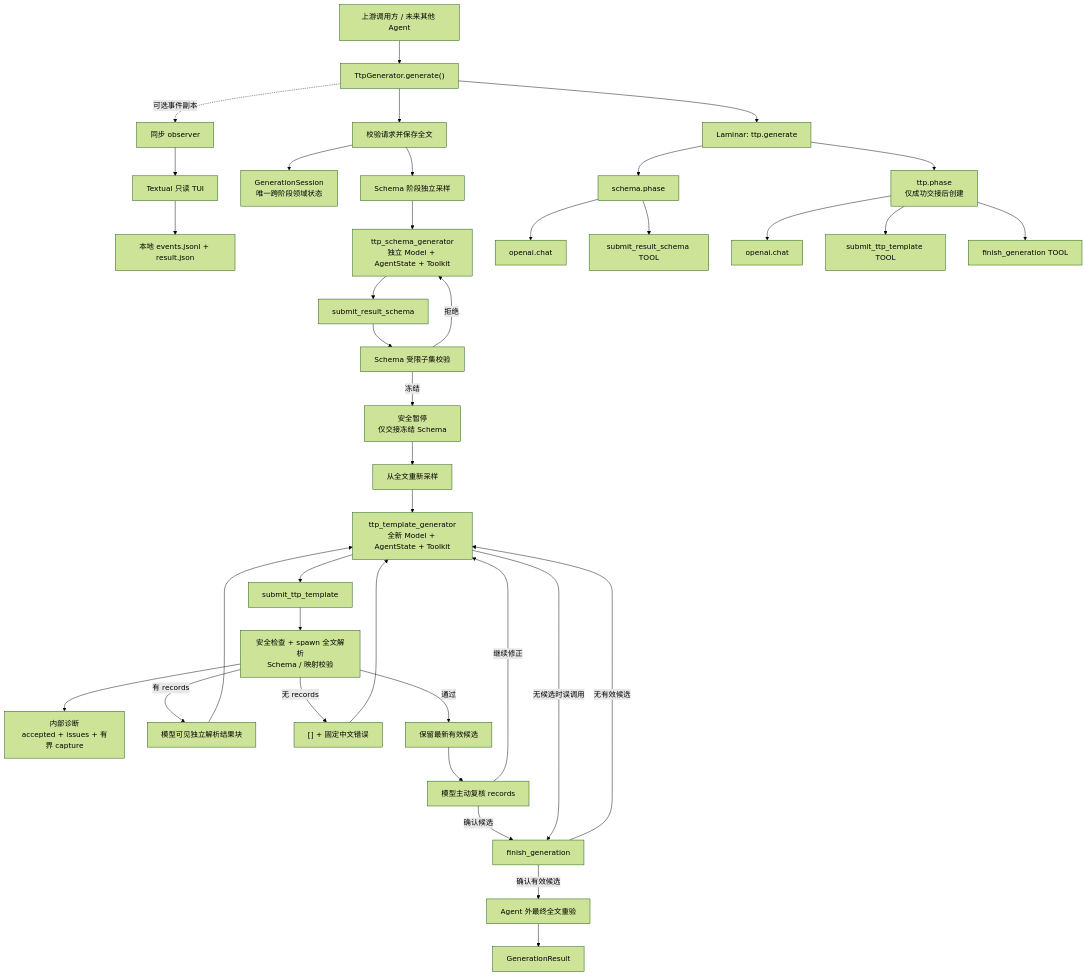
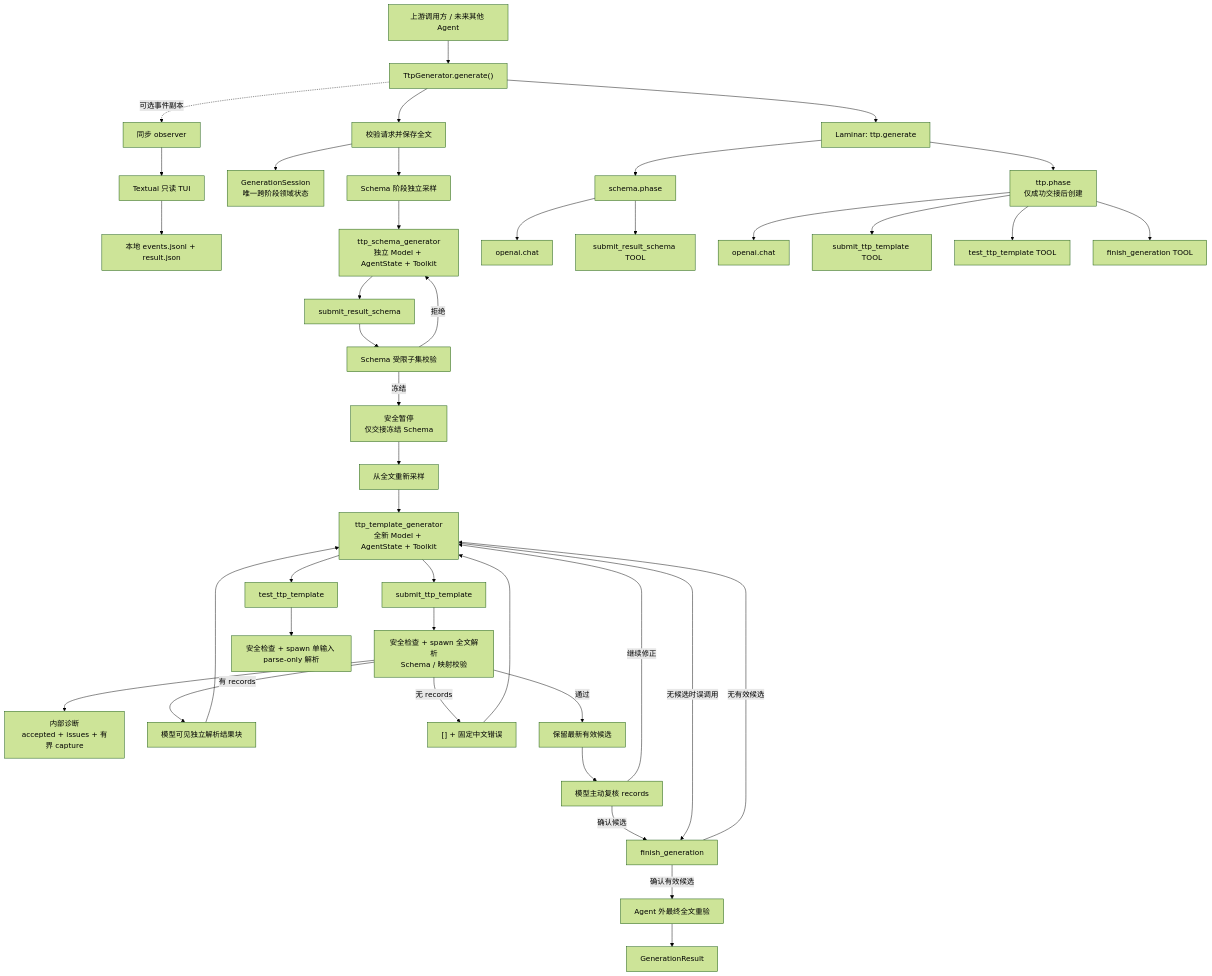
Before and after one commit to Madolkke/cli-parser: the diagram in docs/agent-architecture-and-runtime.md, drawn with Mermaid (forest theme). The commit also changed other lines of this file and 112 other files, not shown here.

````diff
--- a/docs/agent-architecture-and-runtime.md
+++ b/docs/agent-architecture-and-runtime.md
@@ -11,43 +11,46 @@
 ```mermaid
 flowchart TD
     U["上游调用方 / 未来其他 Agent"] --> API["TtpGenerator.generate()"]
     API --> REQ["校验请求并保存全文"]
     API --> ROOT["Laminar: ttp.generate"]
     API -. "可选事件副本" .-> OBS["同步 observer"]
     OBS --> TUI["Textual 只读 TUI"]
     TUI --> LOCAL["本地 events.jsonl + result.json"]
 
     REQ --> SESSION["GenerationSession<br/>唯一跨阶段领域状态"]
     REQ --> SSAMPLE["Schema 阶段独立采样"]
     SSAMPLE --> SAGENT["ttp_schema_generator<br/>独立 Model + AgentState + Toolkit"]
     SAGENT --> STOOL["submit_result_schema"]
     STOOL --> SVALIDATE["Schema 受限子集校验"]
     SVALIDATE -->|拒绝| SAGENT
     SVALIDATE -->|冻结| HANDOFF["安全暂停<br/>仅交接冻结 Schema"]
 
     HANDOFF --> TSAMPLE["从全文重新采样"]
     TSAMPLE --> TAGENT["ttp_template_generator<br/>全新 Model + AgentState + Toolkit"]
     TAGENT --> TTOOL["submit_ttp_template"]
+    TAGENT --> XTOOL["test_ttp_template"]
     TTOOL --> TVALIDATE["安全检查 + spawn 全文解析<br/>Schema / 映射校验"]
+    XTOOL --> XVALIDATE["安全检查 + spawn 单输入 parse-only 解析"]
     TVALIDATE --> DIAGNOSTIC["内部诊断<br/>accepted + issues + 有界 capture"]
     TVALIDATE -->|有 records| MATCH["模型可见独立解析结果块"]
     TVALIDATE -->|无 records| EMPTY["[] + 固定中文错误"]
     MATCH --> TAGENT
     EMPTY --> TAGENT
     TVALIDATE -->|通过| CANDIDATE["保留最新有效候选"]
     CANDIDATE --> REVIEW["模型主动复核 records"]
     REVIEW -->|继续修正| TAGENT
     REVIEW -->|确认候选| FTOOL["finish_generation"]
     TAGENT -->|无候选时误调用| FTOOL
     FTOOL -->|无有效候选| TAGENT
     FTOOL -->|确认有效候选| FINAL["Agent 外最终全文重验"]
     FINAL --> RESULT["GenerationResult"]
 
     ROOT --> SPHASE["schema.phase"]
     SPHASE --> SLLM["openai.chat"]
     SPHASE --> STOOLSPAN["submit_result_schema TOOL"]
     ROOT --> TPHASE["ttp.phase<br/>仅成功交接后创建"]
     TPHASE --> TLLM["openai.chat"]
     TPHASE --> TTOOLSPAN["submit_ttp_template TOOL"]
+    TPHASE --> XTOOLSPAN["test_ttp_template TOOL"]
     TPHASE --> FTOOLSPAN["finish_generation TOOL"]
 ```
````
